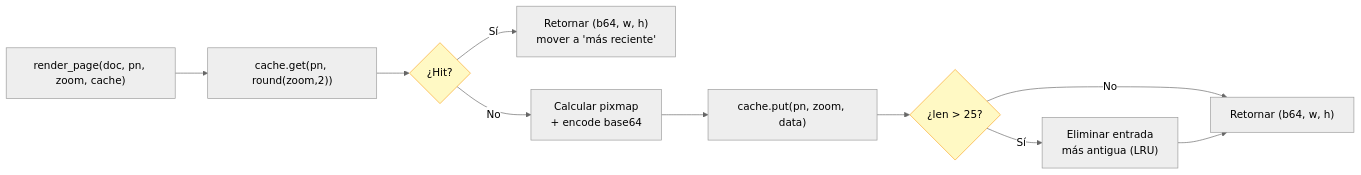
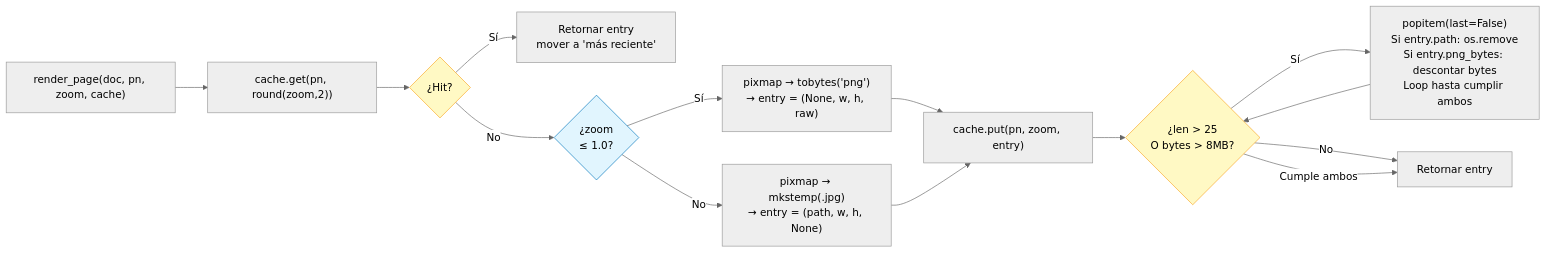
One commit to Mahynlo/pdf_manager changed the ninth of 9 diagrams in docs/visor-pdf.md. Above: the diagram before and after it, drawn with Mermaid (neutral theme). The commit also changed other lines of this file, not shown here.

````diff
--- a/docs/visor-pdf.md
+++ b/docs/visor-pdf.md
@@ -499,15 +543,20 @@
 ```mermaid
 flowchart LR
     R["render_page(doc, pn, zoom, cache)"] --> G["cache.get(pn, round(zoom,2))"]
     G --> H{¿Hit?}
-    H -- Sí --> RET["Retornar (b64, w, h)\nmover a 'más reciente'"]
-    H -- No --> COMPUTE["Calcular pixmap\n+ encode base64"]
-    COMPUTE --> P["cache.put(pn, zoom, data)"]
-    P --> EVICT{¿len > 25?}
-    EVICT -- Sí --> DEL["Eliminar entrada\nmás antigua (LRU)"]
-    EVICT -- No --> RET2["Retornar (b64, w, h)"]
-    DEL --> RET2
+    H -- Sí --> RET["Retornar entry\nmover a 'más reciente'"]
+    H -- No --> COMPUTE{¿zoom\n≤ 1.0?}
+    COMPUTE -- Sí --> CM["pixmap → tobytes('png')\n→ entry = (None, w, h, raw)"]
+    COMPUTE -- No --> CD["pixmap → mkstemp(.jpg)\n→ entry = (path, w, h, None)"]
+    CM --> P["cache.put(pn, zoom, entry)"]
+    CD --> P
+    P --> EVICT{¿len > 25\nO bytes > 8MB?}
+    EVICT -- Sí --> DEL["popitem(last=False)\nSi entry.path: os.remove\nSi entry.png_bytes: descontar bytes\nLoop hasta cumplir ambos"]
+    EVICT -- No --> RET2["Retornar entry"]
+    DEL --> EVICT
+    EVICT -- Cumple ambos --> RET2
 
     style H fill:#FFF9C4,stroke:#F9A825
     style EVICT fill:#FFF9C4,stroke:#F9A825
+    style COMPUTE fill:#E1F5FE,stroke:#0277BD
 ```
````
